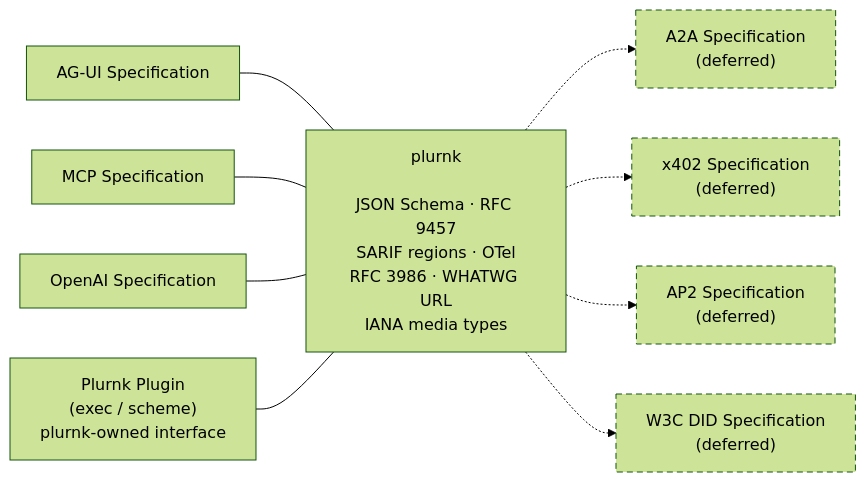
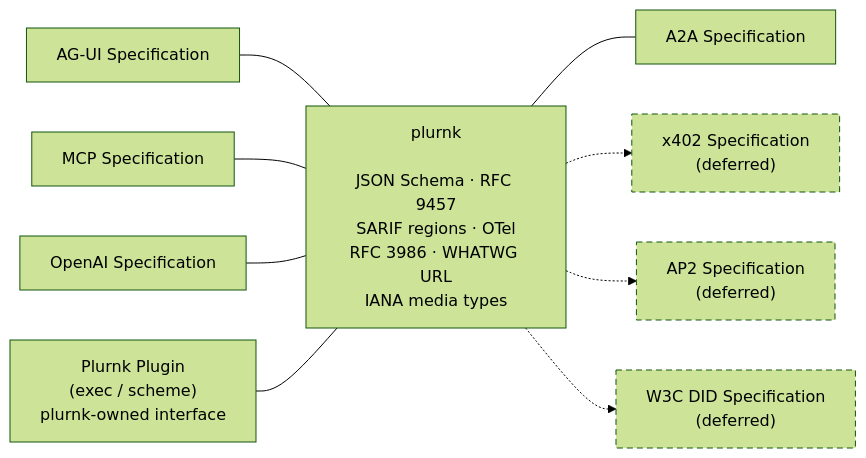
Before and after one commit to plurnk/plurnk-service: the first of 4 diagrams in ARCHITECTURE.md, drawn with Mermaid (forest theme). The commit also changed other lines of this file and 1 other file, not shown here.

Commit message:
docs(a2a): document exterior agent composition (#258)

````diff
--- a/ARCHITECTURE.md
+++ b/ARCHITECTURE.md
@@ -14,15 +14,15 @@
 ```mermaid
 flowchart LR
     AGUI["AG-UI Specification"] --- PLURNK["plurnk<br/><br/>JSON Schema · RFC 9457<br/>SARIF regions · OTel<br/>RFC 3986 · WHATWG URL<br/>IANA media types"]
     MCP["MCP Specification"] --- PLURNK
     OPENAI["OpenAI Specification"] --- PLURNK
     PLUGIN["Plurnk Plugin<br/>(exec / scheme)<br/>plurnk-owned interface"] --- PLURNK
 
-    PLURNK -.-> A2A["A2A Specification<br/>(deferred)"]
+    PLURNK --- A2A["A2A Specification"]
     PLURNK -.-> X402["x402 Specification<br/>(deferred)"]
     PLURNK -.-> AP2["AP2 Specification<br/>(deferred)"]
     PLURNK -.-> DID["W3C DID Specification<br/>(deferred)"]
 
     classDef deferred stroke-dasharray: 6 4;
-    class A2A,X402,AP2,DID deferred;
+    class X402,AP2,DID deferred;
 ```
````
